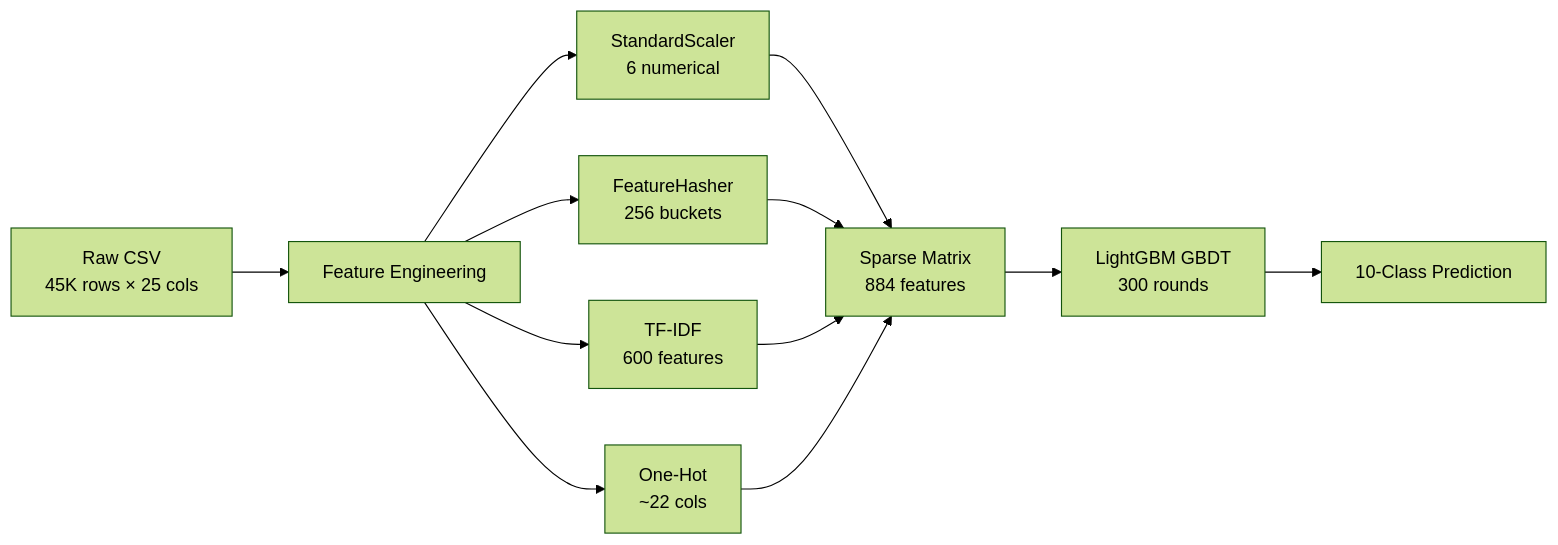
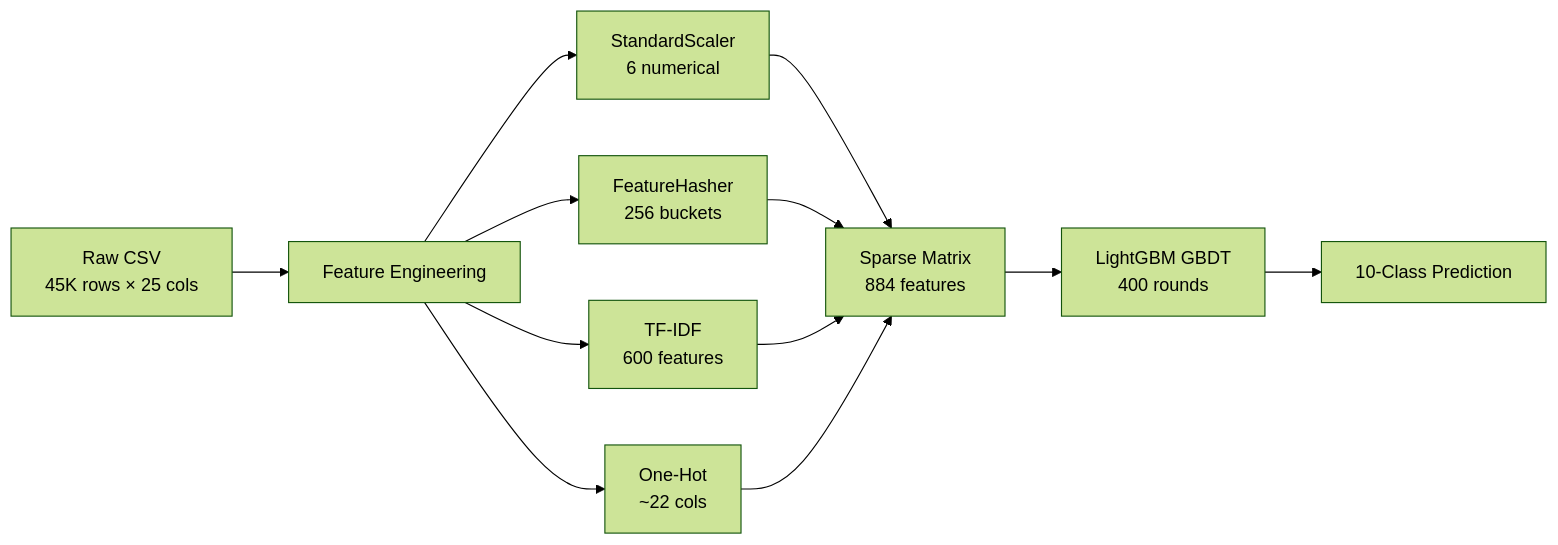
The second of 4 diagrams in SYSTEM_DESIGN.md (Anbu-00001/Sentinel-AIOps), drawn with Mermaid (forest theme) before and after one commit. The commit also changed 4 other files, not shown here.

````diff
--- a/SYSTEM_DESIGN.md
+++ b/SYSTEM_DESIGN.md
@@ -79,11 +79,11 @@
 ```mermaid
 flowchart LR
     RAW["Raw CSV\n45K rows × 25 cols"] --> FE["Feature Engineering"]
     FE --> NUM["StandardScaler\n6 numerical"]
     FE --> HASH["FeatureHasher\n256 buckets"]
     FE --> TFIDF["TF-IDF\n600 features"]
     FE --> DUMMY["One-Hot\n~22 cols"]
     NUM & HASH & TFIDF & DUMMY --> MAT["Sparse Matrix\n884 features"]
-    MAT --> LGBM["LightGBM GBDT\n300 rounds"]
+    MAT --> LGBM["LightGBM GBDT\n400 rounds"]
     LGBM --> PRED["10-Class Prediction"]
 ```
````
